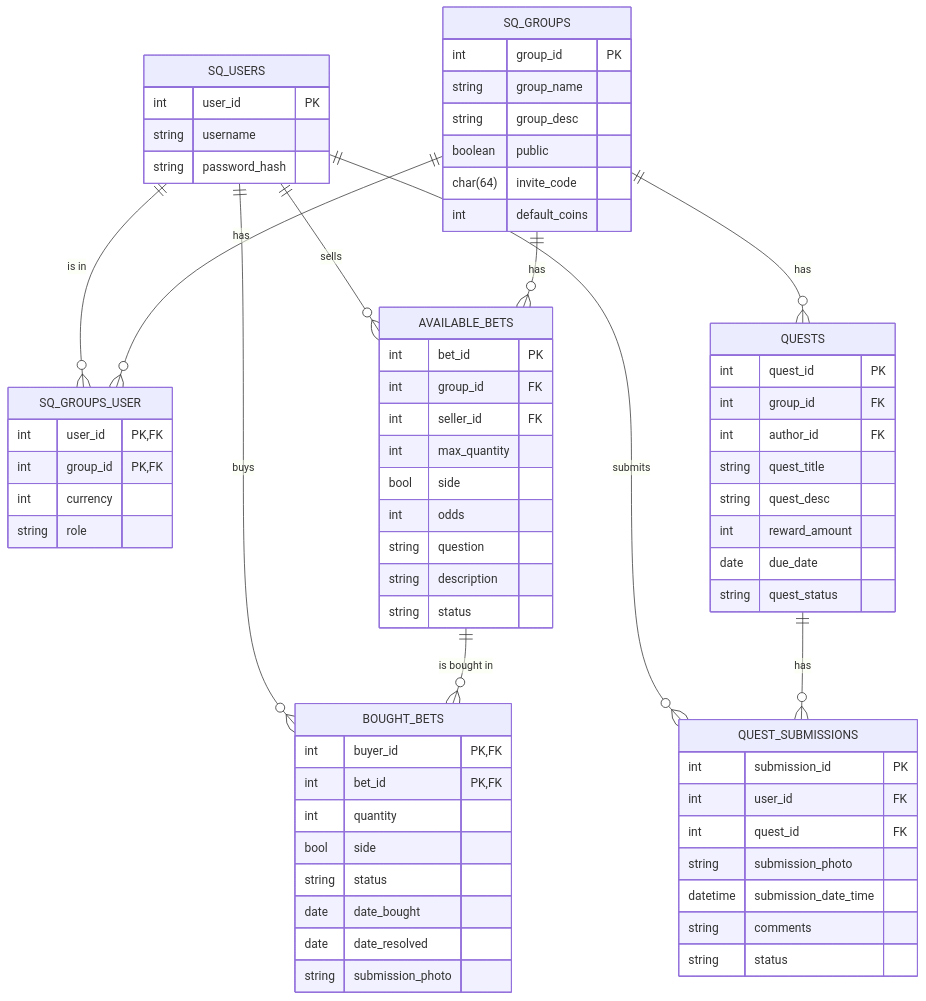
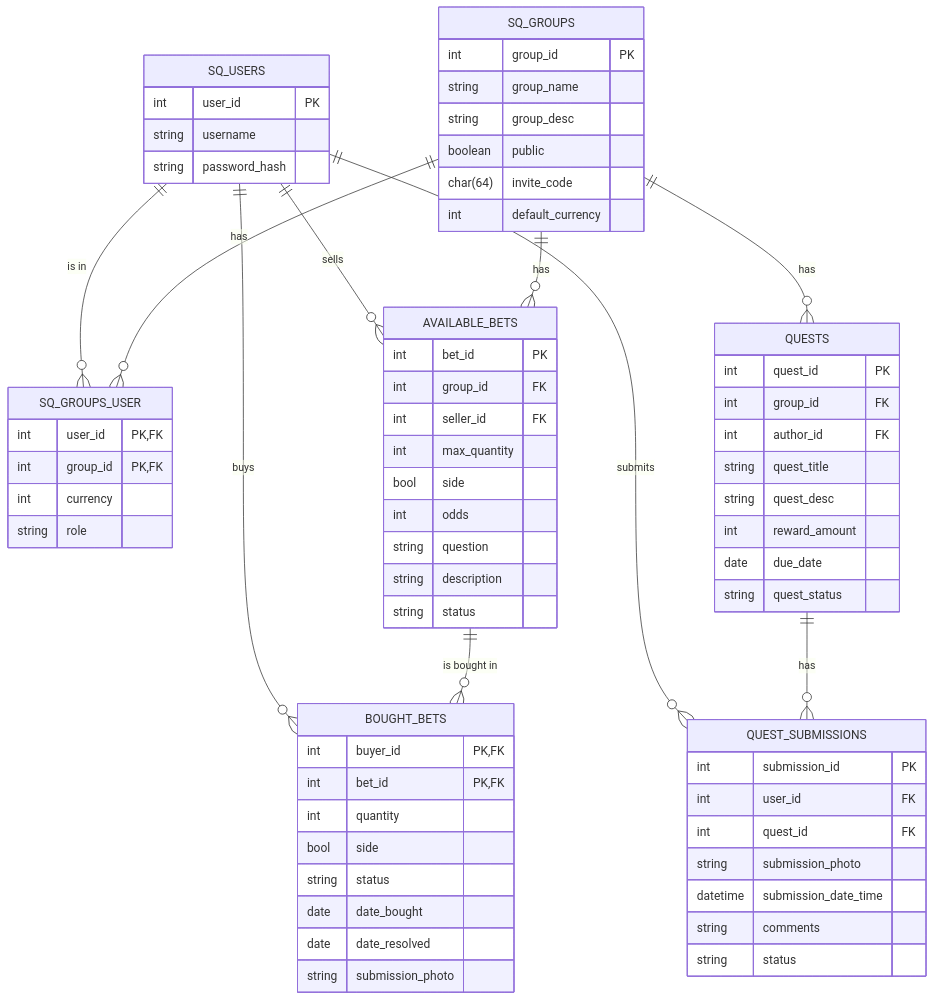
Before and after one commit to jdolak/sidequest: the diagram in docs/erd.md, drawn with Mermaid. The commit also changed 7 other files, not shown here.

````diff
--- a/docs/erd.md
+++ b/docs/erd.md
@@ -1,79 +1,79 @@
 ```mermaid
 erDiagram
     SQ_USERS {
         int user_id PK
         string username
         string password_hash
     }
 
     SQ_GROUPS {
         int group_id PK
         string group_name
         string group_desc
         boolean public
         char(64) invite_code
-        int default_coins
+        int default_currency
     }
 
     SQ_GROUPS_USER {
         int user_id PK,FK
         int group_id PK,FK
         int currency
         string role
     }
 
     AVAILABLE_BETS {
         int bet_id PK
         int group_id FK
         int seller_id FK
         int max_quantity
         bool side
         int odds
         string question
         string description
         string status
     }
 
     BOUGHT_BETS {
         int buyer_id PK,FK
         int bet_id PK,FK
         int quantity
         bool side
         string status
         date date_bought
         date date_resolved
         string submission_photo
     }
 
     QUESTS {
         int quest_id PK
         int group_id FK
         int author_id FK
         string quest_title
         string quest_desc
         int reward_amount
         date due_date
         string quest_status
     }
 
     QUEST_SUBMISSIONS {
         int submission_id PK
         int user_id FK
         int quest_id FK
         string submission_photo
         datetime submission_date_time
         string comments
         string status
     }
 
     SQ_USERS ||--o{ SQ_GROUPS_USER : "is in"
     SQ_GROUPS ||--o{ SQ_GROUPS_USER : "has"
     SQ_USERS ||--o{ AVAILABLE_BETS : "sells"
     SQ_GROUPS ||--o{ AVAILABLE_BETS : "has"
     SQ_USERS ||--o{ BOUGHT_BETS : "buys"
     AVAILABLE_BETS ||--o{ BOUGHT_BETS : "is bought in"
     SQ_GROUPS ||--o{ QUESTS : "has"
     SQ_USERS ||--o{ QUEST_SUBMISSIONS : "submits"
     QUESTS ||--o{ QUEST_SUBMISSIONS : "has"
 
 ```
````
